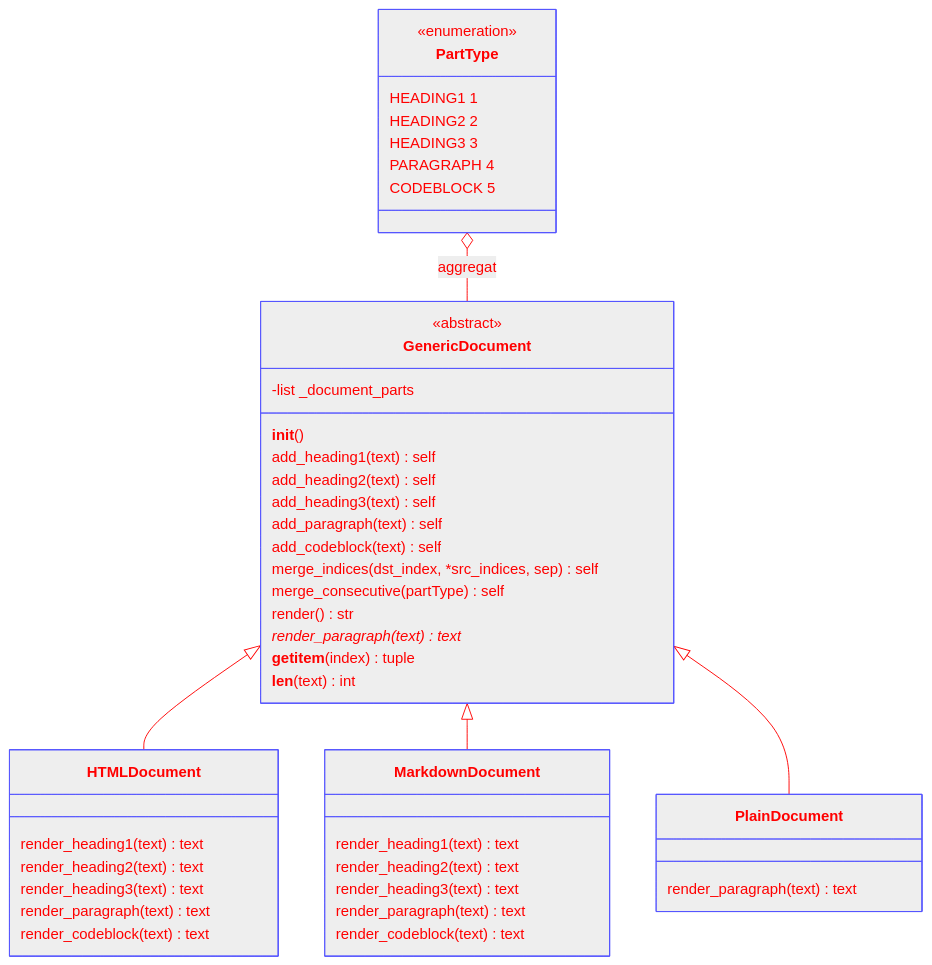
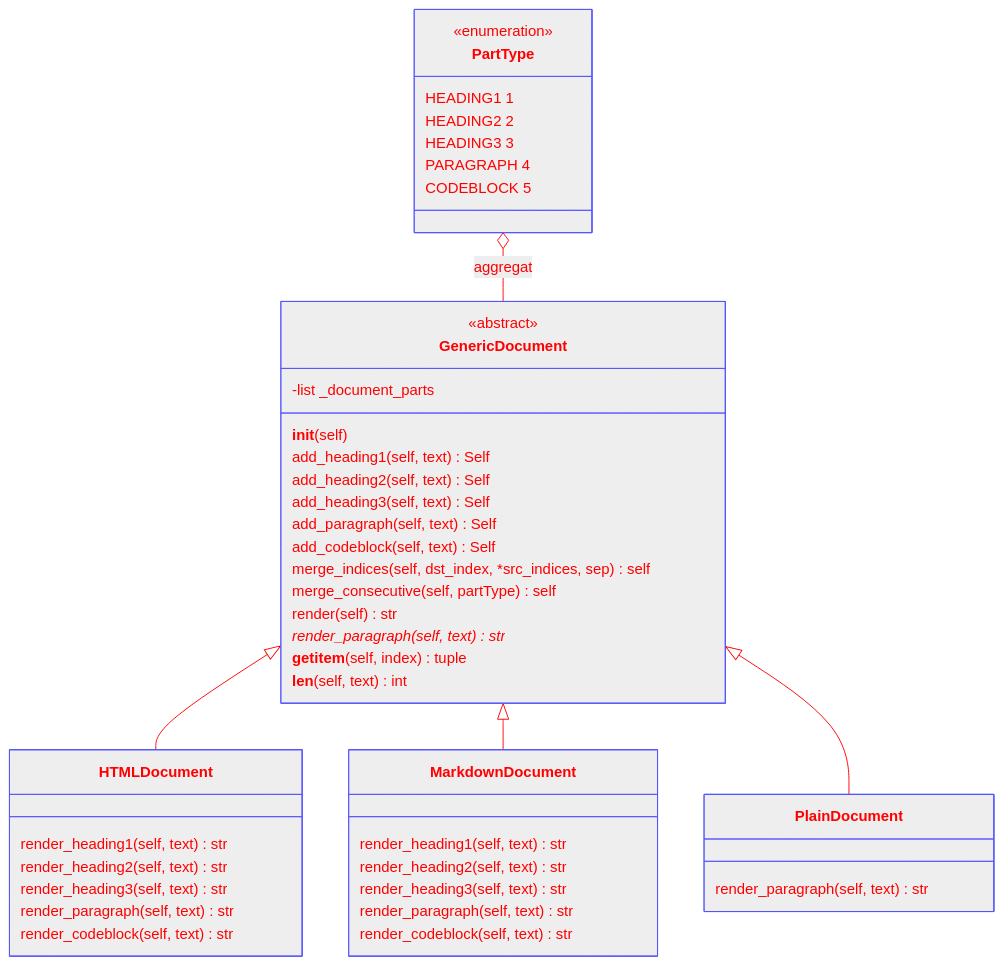
The diagram in README.md (mrmysko/nackademin-py-12-gendoc), drawn with Mermaid before and after one commit. The commit also changed other lines of this file, not shown here.

Commit message:
Add self to signatures

````diff
--- a/README.md
+++ b/README.md
@@ -172,53 +173,53 @@
 ```mermaid
 %%{init: {'theme': 'base', 'themeVariables': {'primaryColor': '#eee',
 'primaryTextColor':'#f00','primaryBorderColor':'#55f','lineColor': '#f00' }}}%%
 
 classDiagram
 
 class GenericDocument
 <<abstract>> GenericDocument
 GenericDocument : -list _document_parts
-GenericDocument : __init__()
-GenericDocument : add_heading1(text) self
-GenericDocument : add_heading2(text) self
-GenericDocument : add_heading3(text) self
-GenericDocument : add_paragraph(text) self
-GenericDocument : add_codeblock(text) self
-GenericDocument : merge_indices(dst_index, *src_indices, sep) self
-GenericDocument : merge_consecutive(partType) self
-GenericDocument : render() str
-GenericDocument : render_paragraph(text)* text
-GenericDocument : __getitem__(index) tuple
-GenericDocument : __len__(text) int
+GenericDocument : __init__(self)
+GenericDocument : add_heading1(self, text) Self
+GenericDocument : add_heading2(self, text) Self
+GenericDocument : add_heading3(self, text) Self
+GenericDocument : add_paragraph(self, text) Self
+GenericDocument : add_codeblock(self, text) Self
+GenericDocument : merge_indices(self, dst_index, *src_indices, sep) self
+GenericDocument : merge_consecutive(self, partType) self
+GenericDocument : render(self) str
+GenericDocument : render_paragraph(self, text)* str
+GenericDocument : __getitem__(self, index) tuple
+GenericDocument : __len__(self, text) int
 
 
 class HTMLDocument
 GenericDocument <|-- HTMLDocument
-HTMLDocument : render_heading1(text) text
-HTMLDocument : render_heading2(text) text
-HTMLDocument : render_heading3(text) text
-HTMLDocument : render_paragraph(text) text
-HTMLDocument : render_codeblock(text) text
+HTMLDocument : render_heading1(self, text) str
+HTMLDocument : render_heading2(self, text) str
+HTMLDocument : render_heading3(self, text) str
+HTMLDocument : render_paragraph(self, text) str
+HTMLDocument : render_codeblock(self, text) str
 
 class MarkdownDocument
 GenericDocument <|-- MarkdownDocument
-MarkdownDocument : render_heading1(text) text
-MarkdownDocument : render_heading2(text) text
-MarkdownDocument : render_heading3(text) text
-MarkdownDocument : render_paragraph(text) text
-MarkdownDocument : render_codeblock(text) text
+MarkdownDocument : render_heading1(self, text) str
+MarkdownDocument : render_heading2(self, text) str
+MarkdownDocument : render_heading3(self, text) str
+MarkdownDocument : render_paragraph(self, text) str
+MarkdownDocument : render_codeblock(self, text) str
 
 class PlainDocument
 GenericDocument <|-- PlainDocument
-PlainDocument : render_paragraph(text) text
+PlainDocument : render_paragraph(self, text) str
 
 class PartType {
 <<enumeration>>
    HEADING1  1
    HEADING2  2
    HEADING3  3
    PARAGRAPH 4
    CODEBLOCK 5
 }
 PartType o-- GenericDocument : aggregat
 ```
````
